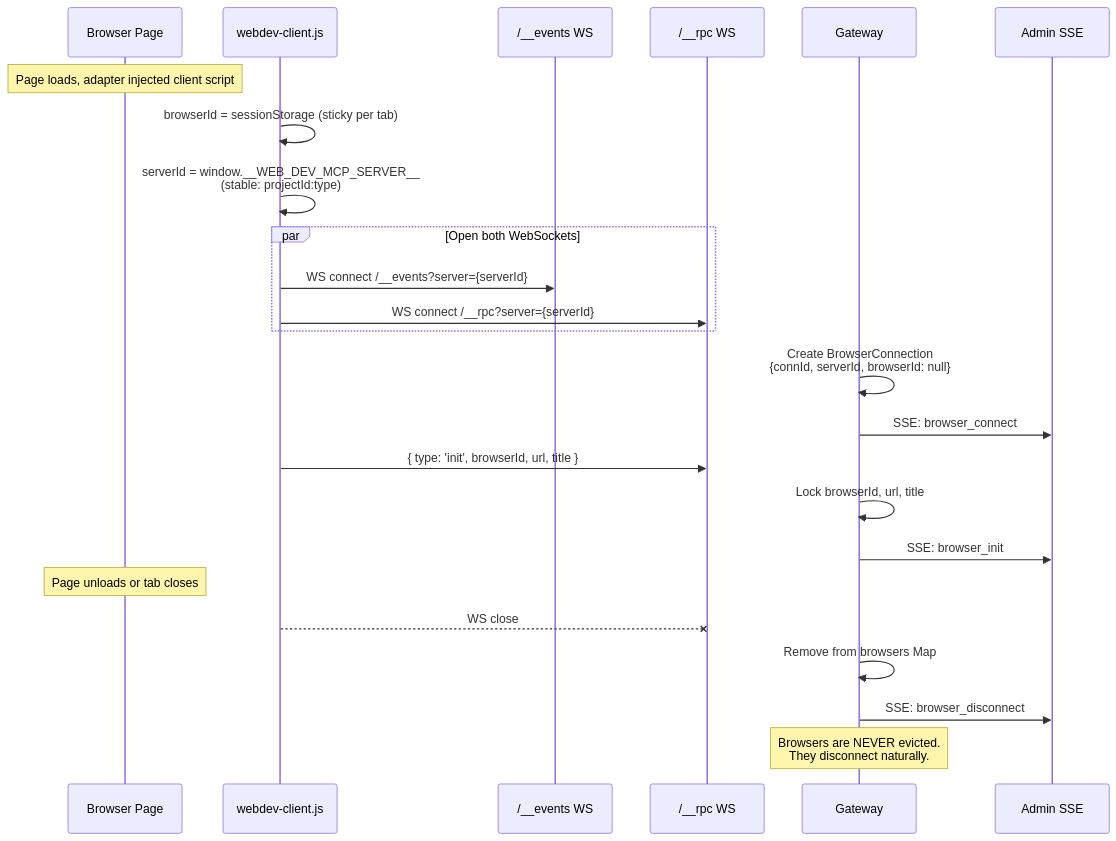
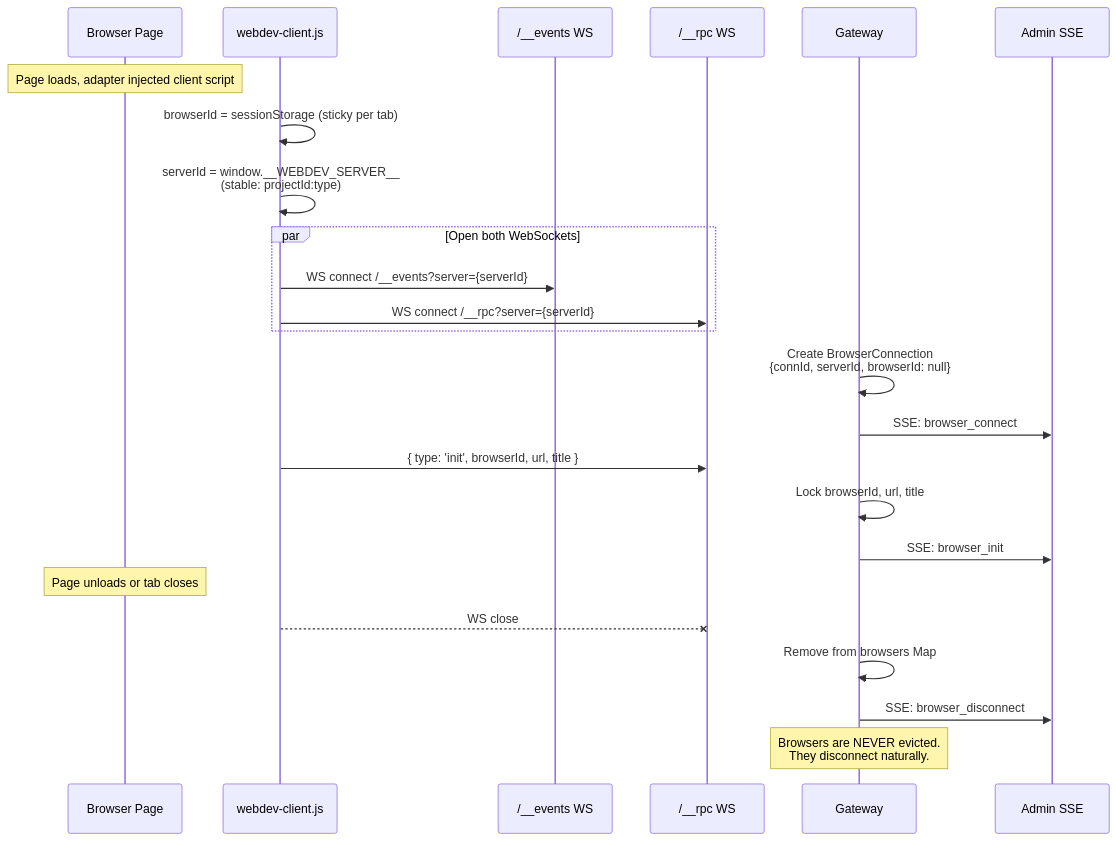
The fifth of 8 diagrams in docs/architecture.md (WinstonFassett/webdev-ai), drawn with Mermaid before and after one commit. The commit also changed other lines of this file and 4 other files, not shown here.

First line of the commit message:
Fix documentation naming: webdev-mcp → webdev

````diff
--- a/docs/architecture.md
+++ b/docs/architecture.md
@@ -198,34 +198,34 @@
 ```mermaid
 sequenceDiagram
     participant Page as Browser Page
     participant Client as webdev-client.js
     participant EventsWS as /__events WS
     participant RpcWS as /__rpc WS
     participant Gateway
     participant Admin as Admin SSE
 
     Note over Page: Page loads, adapter injected client script
 
     Client->>Client: browserId = sessionStorage (sticky per tab)
-    Client->>Client: serverId = window.__WEB_DEV_MCP_SERVER__<br/>(stable: projectId:type)
+    Client->>Client: serverId = window.__WEBDEV_SERVER__<br/>(stable: projectId:type)
 
     par Open both WebSockets
         Client->>EventsWS: WS connect /__events?server={serverId}
         Client->>RpcWS: WS connect /__rpc?server={serverId}
     end
 
     Gateway->>Gateway: Create BrowserConnection<br/>{connId, serverId, browserId: null}
     Gateway->>Admin: SSE: browser_connect
 
     Client->>RpcWS: { type: 'init', browserId, url, title }
     Gateway->>Gateway: Lock browserId, url, title
     Gateway->>Admin: SSE: browser_init
 
     Note over Page: Page unloads or tab closes
 
     Client--xRpcWS: WS close
     Gateway->>Gateway: Remove from browsers Map
     Gateway->>Admin: SSE: browser_disconnect
 
     Note over Gateway: Browsers are NEVER evicted.<br/>They disconnect naturally.
 ```
````
